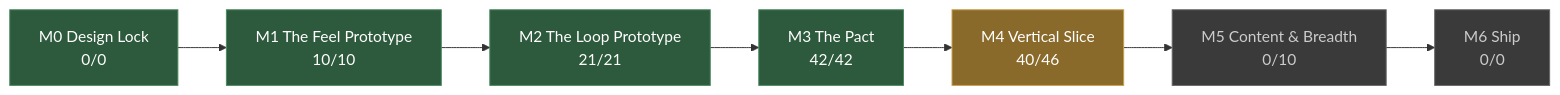
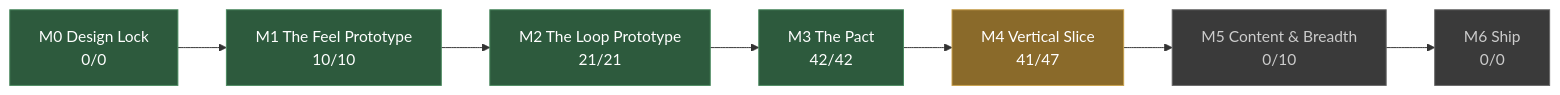
The diagram in docs/STATUS.md (JoshuaGessner/she), drawn with Mermaid before and after one commit. The commit also changed other lines of this file and 18 other files, not shown here.

````diff
--- a/docs/STATUS.md
+++ b/docs/STATUS.md
@@ -13,19 +13,19 @@
 ```mermaid
 flowchart LR
   M0["M0 Design Lock<br/>0/0"]:::passed
   M1["M1 The Feel Prototype<br/>10/10"]:::passed
   M0 --> M1
   M2["M2 The Loop Prototype<br/>21/21"]:::passed
   M1 --> M2
   M3["M3 The Pact<br/>42/42"]:::passed
   M2 --> M3
-  M4["M4 Vertical Slice<br/>40/46"]:::current
+  M4["M4 Vertical Slice<br/>41/47"]:::current
   M3 --> M4
   M5["M5 Content & Breadth<br/>0/10"]:::ahead
   M4 --> M5
   M6["M6 Ship<br/>0/0"]:::ahead
   M5 --> M6
   classDef passed fill:#2d5a3d,stroke:#4a8a5f,color:#fff
   classDef current fill:#8a6a2a,stroke:#c8a04a,color:#fff
   classDef ahead fill:#3a3a3a,stroke:#666,color:#ccc
 ```
````
